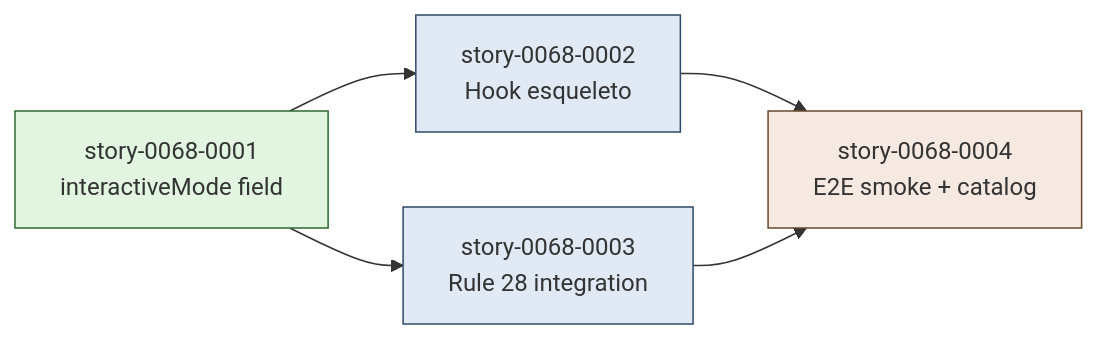
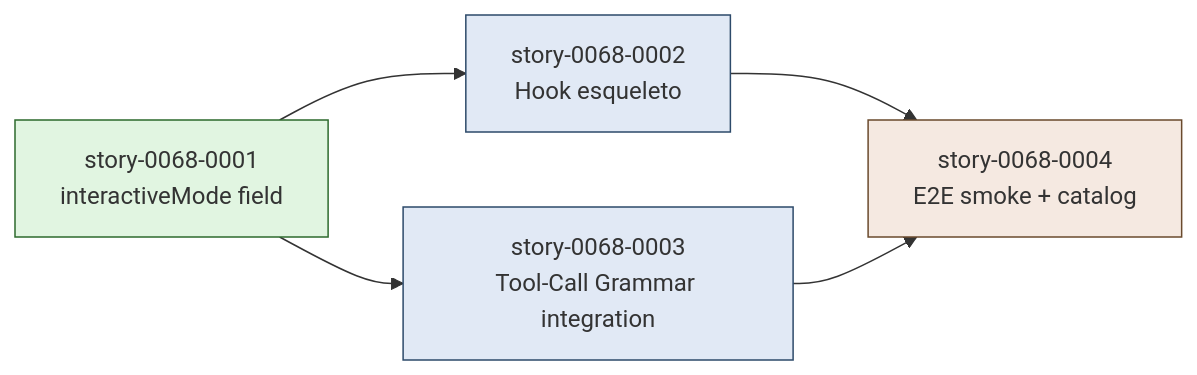
Before and after one commit to review-bench/edercnj_ia-dev-environment: the diagram in ai/epics/epic-0068-continuous-flow-heartbeat/IMPLEMENTATION-MAP.md, drawn with Mermaid. The commit also changed other lines of this file and 5 other files, not shown here.

````diff
--- a/ai/epics/epic-0068-continuous-flow-heartbeat/IMPLEMENTATION-MAP.md
+++ b/ai/epics/epic-0068-continuous-flow-heartbeat/IMPLEMENTATION-MAP.md
@@ -23,20 +23,20 @@
 ```mermaid
 graph LR
     S1[story-0068-0001<br/>interactiveMode field]
     S2[story-0068-0002<br/>Hook esqueleto]
-    S3[story-0068-0003<br/>Rule 28 integration]
+    S3[story-0068-0003<br/>Tool-Call Grammar integration]
     S4[story-0068-0004<br/>E2E smoke + catalog]
 
     S1 --> S2
     S1 --> S3
     S2 --> S4
     S3 --> S4
 
     classDef phase0 fill:#e1f5e1,stroke:#2d6a2d
     classDef phase1 fill:#e1e9f5,stroke:#2d4a6a
     classDef phase2 fill:#f5e9e1,stroke:#6a4a2d
 
     class S1 phase0
     class S2,S3 phase1
     class S4 phase2
 ```
````
